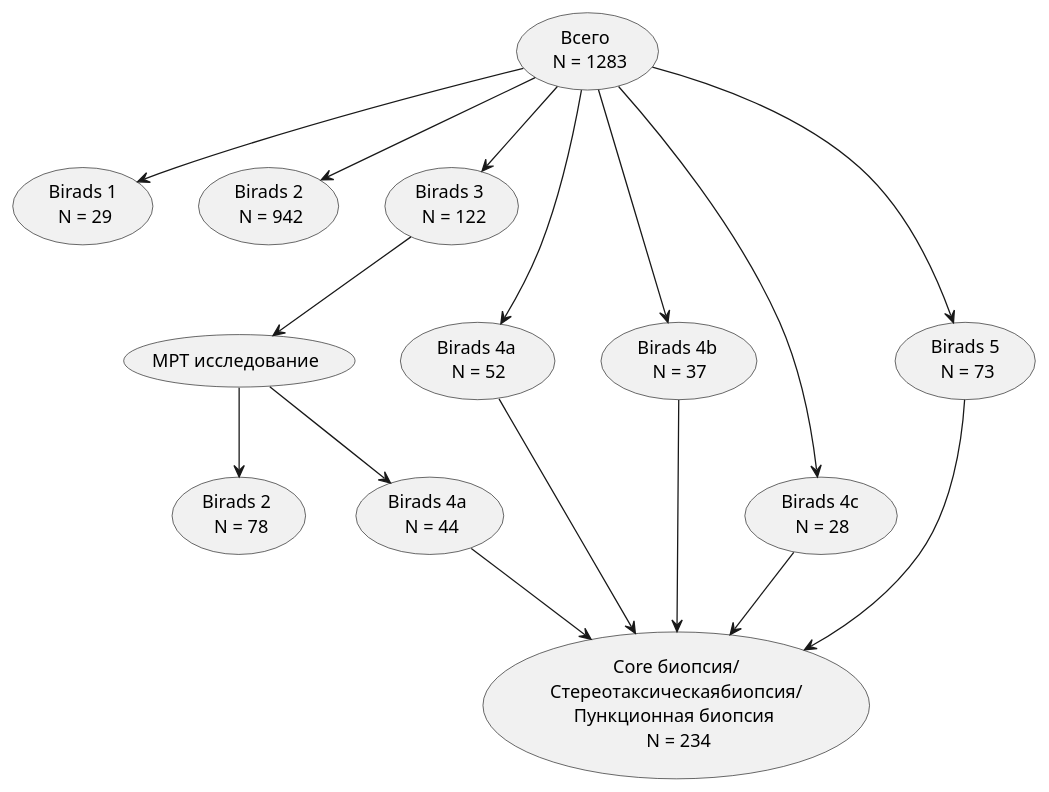
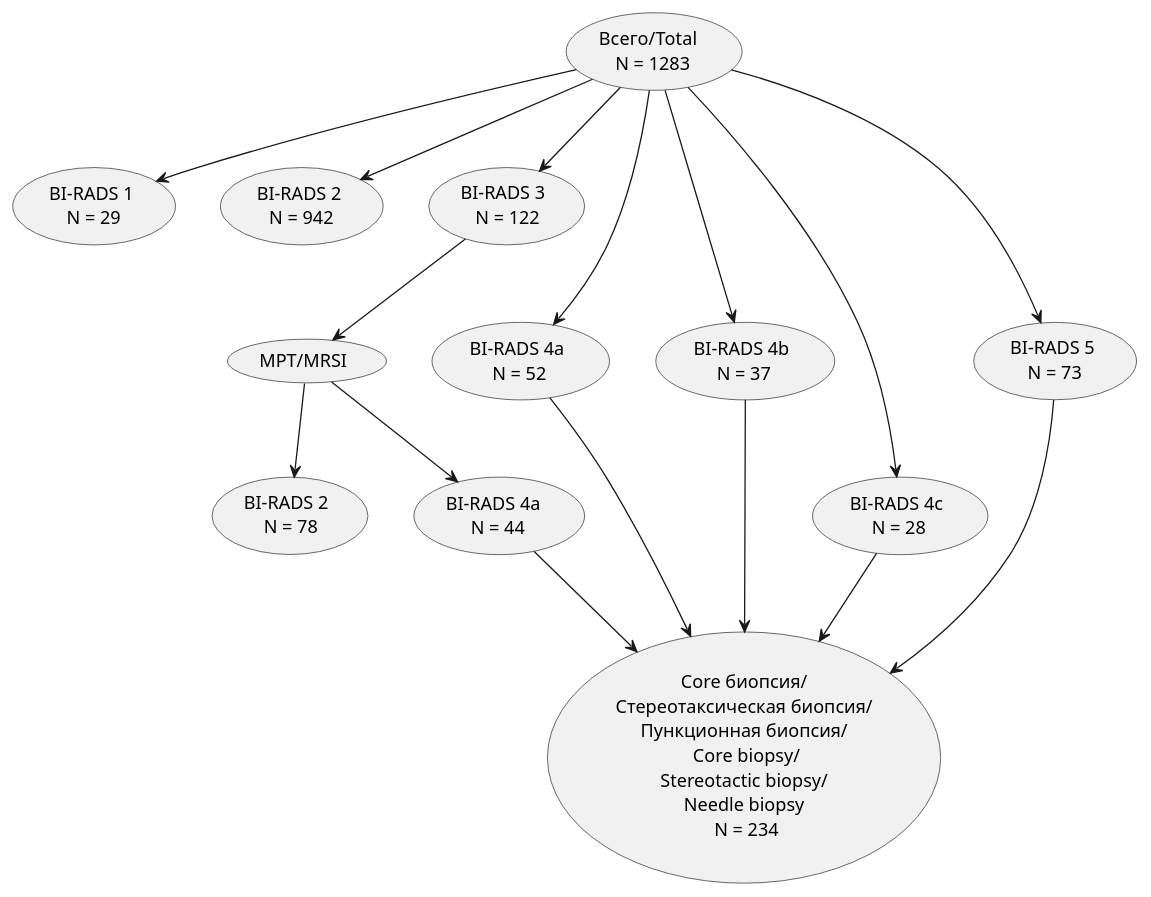
One commit to AndreyPovaliy/ABUS_US_diagnostics changed the diagram in Text_work/Articles/Snr_abus_accur/sheme2.puml. Above: the diagram before and after it, drawn with PlantUML. The commit also changed 52 other files, not shown here.

```diff
--- a/Text_work/Articles/Snr_abus_accur/sheme2.puml
+++ b/Text_work/Articles/Snr_abus_accur/sheme2.puml
@@ -1,17 +1,17 @@
 @startuml
-(Всего \n N = 1283) --> ( Birads 1 \n N = 29)
-(Всего \n N = 1283) --> ( Birads 2 \n N = 942)
-(Всего \n N = 1283) --> (Birads 3 \n N = 122)
-(Всего \n N = 1283) --> ( Birads 4a \n N = 52)
-(Всего \n N = 1283) --> ( Birads 4b \n N = 37)
-(Всего \n N = 1283) --> ( Birads 4c \n N = 28)
-(Всего \n N = 1283) --> ( Birads 5 \n N = 73)
-(Birads 3 \n N = 122) --> (МРТ исследование)
-(МРТ исследование)--> (Birads 2 \n N = 78)
-(МРТ исследование)--> (Birads 4а \n N = 44)
-(Birads 4а \n N = 44) --> (Core биопсия/\nСтереотаксическаябиопсия/\nПункционная биопсия \n N = 234)
-( Birads 4a \n N = 52) --> (Core биопсия/\nСтереотаксическаябиопсия/\nПункционная биопсия \n N = 234)
-( Birads 4b \n N = 37) --> (Core биопсия/\nСтереотаксическаябиопсия/\nПункционная биопсия \n N = 234)
-( Birads 4c \n N = 28) --> (Core биопсия/\nСтереотаксическаябиопсия/\nПункционная биопсия \n N = 234)
-( Birads 5 \n N = 73) --> (Core биопсия/\nСтереотаксическаябиопсия/\nПункционная биопсия \n N = 234)
+(Всего/Total \n N = 1283) --> ( BI-RADS 1 \n N = 29)
+(Всего/Total \n N = 1283) --> ( BI-RADS 2 \n N = 942)
+(Всего/Total \n N = 1283) --> (BI-RADS 3 \n N = 122)
+(Всего/Total \n N = 1283) --> ( BI-RADS 4a \n N = 52)
+(Всего/Total \n N = 1283) --> ( BI-RADS 4b \n N = 37)
+(Всего/Total \n N = 1283) --> ( BI-RADS 4c \n N = 28)
+(Всего/Total \n N = 1283) --> ( BI-RADS 5 \n N = 73)
+(BI-RADS 3 \n N = 122) --> (МРТ/MRSI)
+(МРТ/MRSI)--> (BI-RADS 2 \n N = 78)
+(МРТ/MRSI)--> (BI-RADS 4а \n N = 44)
+(BI-RADS 4а \n N = 44) --> (Core биопсия/\nСтереотаксическая биопсия/\nПункционная биопсия/\n Core biopsy/\nStereotactic biopsy/\nNeedle biopsy\n N = 234)
+( BI-RADS 4a \n N = 52) --> (Core биопсия/\nСтереотаксическая биопсия/\nПункционная биопсия/\n Core biopsy/\nStereotactic biopsy/\nNeedle biopsy\n N = 234)
+( BI-RADS 4b \n N = 37) --> (Core биопсия/\nСтереотаксическая биопсия/\nПункционная биопсия/\n Core biopsy/\nStereotactic biopsy/\nNeedle biopsy\n N = 234)
+( BI-RADS 4c \n N = 28) --> (Core биопсия/\nСтереотаксическая биопсия/\nПункционная биопсия/\n Core biopsy/\nStereotactic biopsy/\nNeedle biopsy\n N = 234)
+( BI-RADS 5 \n N = 73) --> (Core биопсия/\nСтереотаксическая биопсия/\nПункционная биопсия/\n Core biopsy/\nStereotactic biopsy/\nNeedle biopsy\n N = 234)
 @endumll
```
